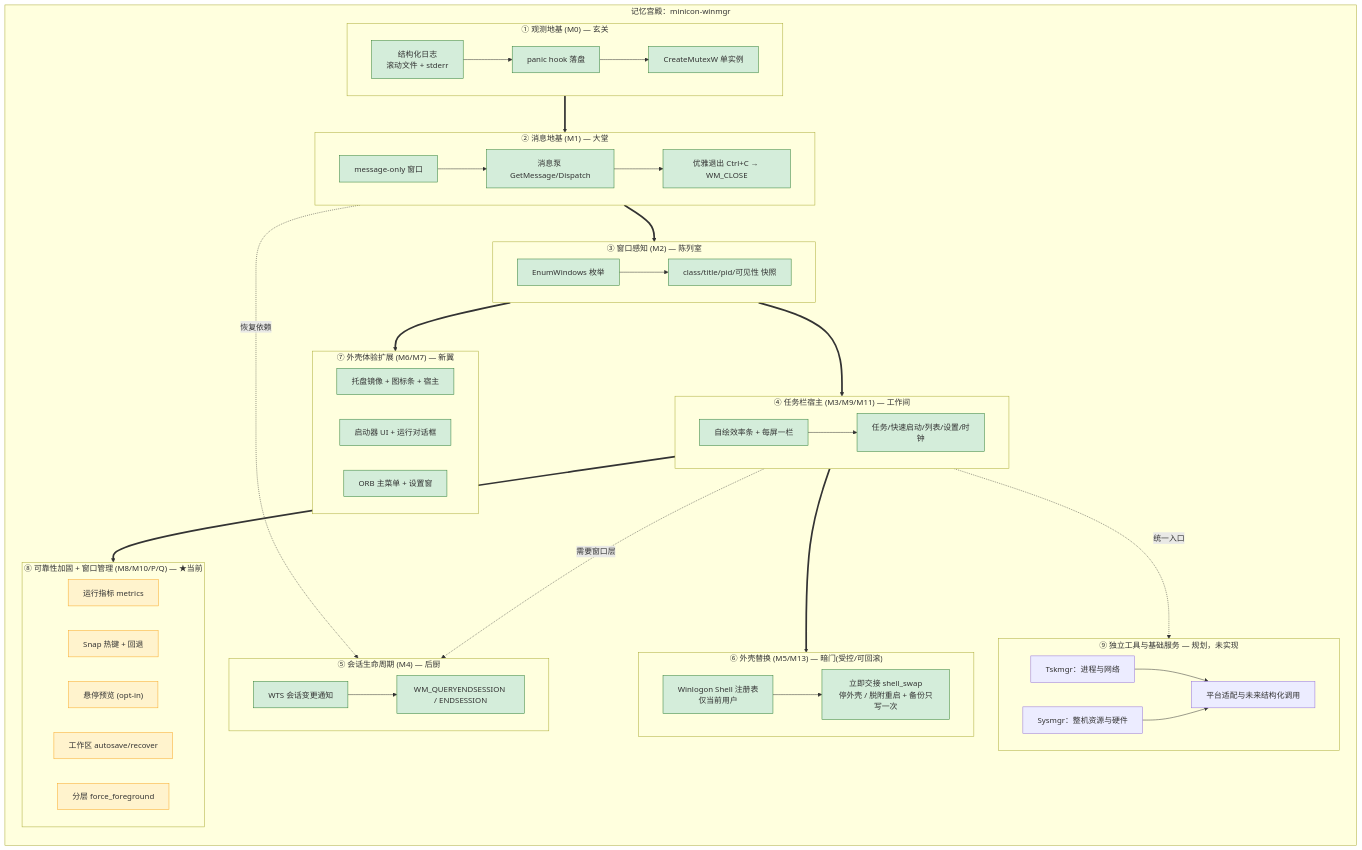
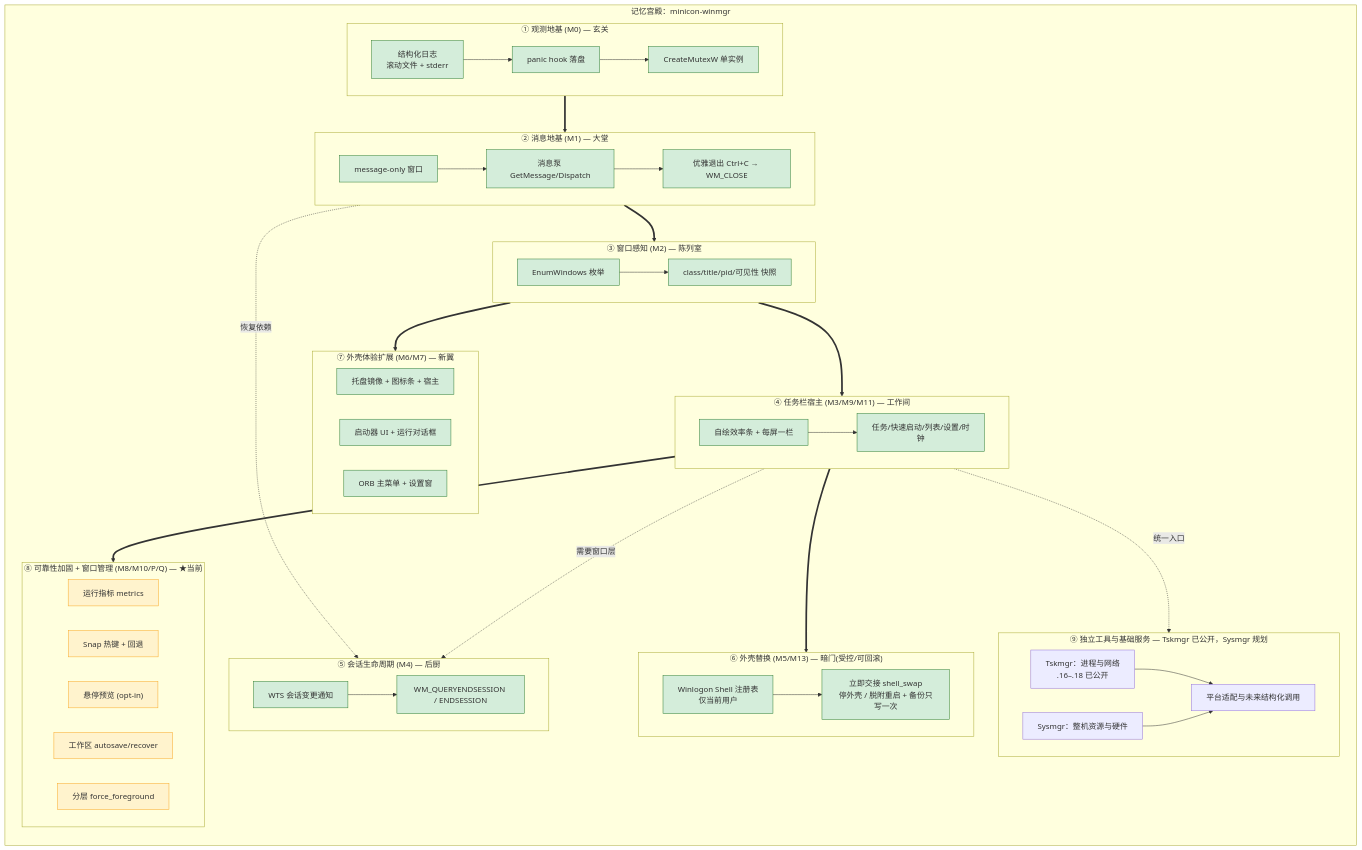
The diagram in docs/prd.md (partnernetsoftware/minicon-winmgr), drawn with Mermaid before and after one commit. The commit also changed other lines of this file and 15 other files, not shown here.

````diff
--- a/docs/prd.md
+++ b/docs/prd.md
@@ -254,68 +254,68 @@
 ```mermaid
 flowchart TD
     subgraph PALACE["记忆宫殿：minicon-winmgr"]
         direction TB
         subgraph ROOM_A["① 观测地基 (M0) — 玄关"]
             A1["结构化日志<br/>滚动文件 + stderr"]
             A2["panic hook 落盘"]
             A3["CreateMutexW 单实例"]
             A1 --> A2 --> A3
         end
         subgraph ROOM_B["② 消息地基 (M1) — 大堂"]
             B1["message-only 窗口"]
             B2["消息泵 GetMessage/Dispatch"]
             B3["优雅退出 Ctrl+C → WM_CLOSE"]
             B1 --> B2 --> B3
         end
         subgraph ROOM_C["③ 窗口感知 (M2) — 陈列室"]
             C1["EnumWindows 枚举"]
             C2["class/title/pid/可见性 快照"]
             C1 --> C2
         end
         subgraph ROOM_D["④ 任务栏宿主 (M3/M9/M11) — 工作间"]
             D1["自绘效率条 + 每屏一栏"]
             D2["任务/快速启动/列表/设置/时钟"]
             D1 --> D2
         end
         subgraph ROOM_E["⑤ 会话生命周期 (M4) — 后厨"]
             E1["WTS 会话变更通知"]
             E2["WM_QUERYENDSESSION / ENDSESSION"]
             E1 --> E2
         end
         subgraph ROOM_F["⑥ 外壳替换 (M5/M13) — 暗门(受控/可回滚)"]
             F1["Winlogon Shell 注册表<br/>仅当前用户"]
             F2["立即交接 shell_swap<br/>停外壳 / 脱附重启 + 备份只写一次"]
             F1 --> F2
         end
         subgraph ROOM_G["⑦ 外壳体验扩展 (M6/M7) — 新翼"]
             G1["托盘镜像 + 图标条 + 宿主"]
             G2["启动器 UI + 运行对话框"]
             G3["ORB 主菜单 + 设置窗"]
         end
-        subgraph ROOM_I["⑨ 独立工具与基础服务 — 规划，未实现"]
-            I1["Tskmgr：进程与网络"]
+        subgraph ROOM_I["⑨ 独立工具与基础服务 — Tskmgr 已公开，Sysmgr 规划"]
+            I1["Tskmgr：进程与网络<br/>.16–.18 已公开"]
             I2["Sysmgr：整机资源与硬件"]
             I3["平台适配与未来结构化调用"]
             I1 --> I3
             I2 --> I3
         end
         subgraph ROOM_H["⑧ 可靠性加固 + 窗口管理 (M8/M10/P/Q) — ★当前"]
             H1["运行指标 metrics"]
             H2["Snap 热键 + 回退"]
             H3["悬停预览 (opt-in)"]
             H4["工作区 autosave/recover"]
             H5["分层 force_foreground"]
         end
     end
     ROOM_A ==> ROOM_B ==> ROOM_C ==> ROOM_D
     ROOM_B -.恢复依赖.-> ROOM_E
     ROOM_D -.需要窗口层.-> ROOM_E
     ROOM_D ==> ROOM_F
     ROOM_C ==> ROOM_G
     ROOM_D ==> ROOM_H
     ROOM_D -.统一入口.-> ROOM_I
     classDef done fill:#d4edda,stroke:#2e7d32;
     classDef current fill:#fff3cd,stroke:#f9a825;
     class A1,A2,A3,B1,B2,B3,C1,C2,D1,D2,E1,E2,F1,F2,G1,G2,G3 done;
     class H1,H2,H3,H4,H5 current;
 ```
````
